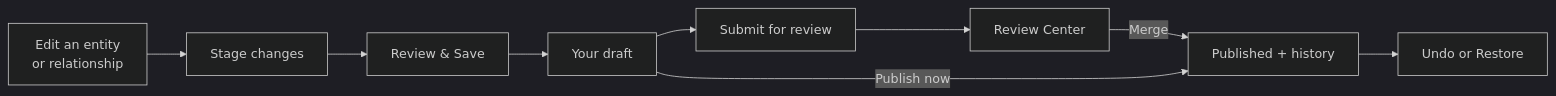
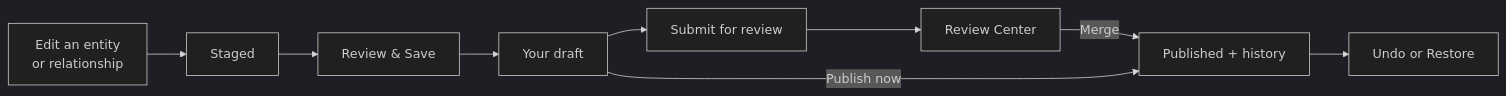
The diagram in docs/guide/VERSIONING_CHANGE_CONTROL.md (rkrumins/dataviz), drawn with Mermaid (dark theme) before and after one commit. The commit also changed other lines of this file and 3 other files, not shown here.

````diff
--- a/docs/guide/VERSIONING_CHANGE_CONTROL.md
+++ b/docs/guide/VERSIONING_CHANGE_CONTROL.md
@@ -111,11 +111,11 @@
 ```mermaid
 flowchart LR
-  A["Edit an entity<br/>or relationship"] --> B["Stage changes"]
+  A["Edit an entity<br/>or relationship"] --> B["Staged"]
   B --> C["Review & Save"]
   C --> D["Your draft"]
   D --> E["Submit for review"]
   E --> F["Review Center"]
   F -->|Merge| G["Published + history"]
   D -->|"Publish now"| G
   G --> H["Undo or Restore"]
 ```
````
